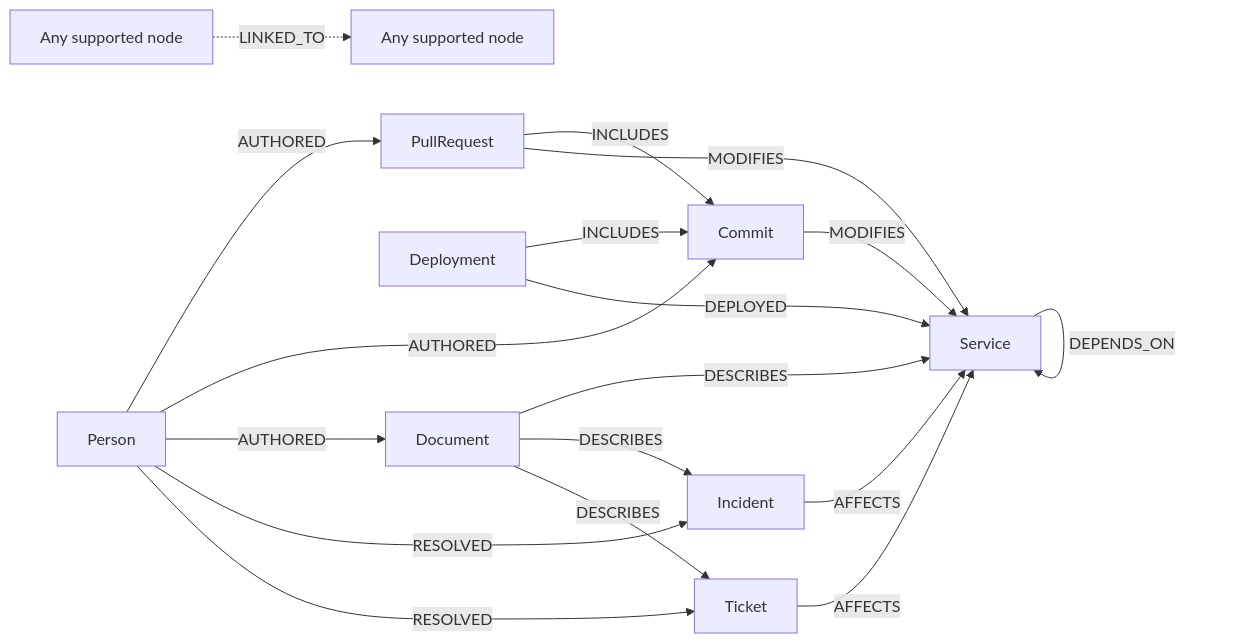
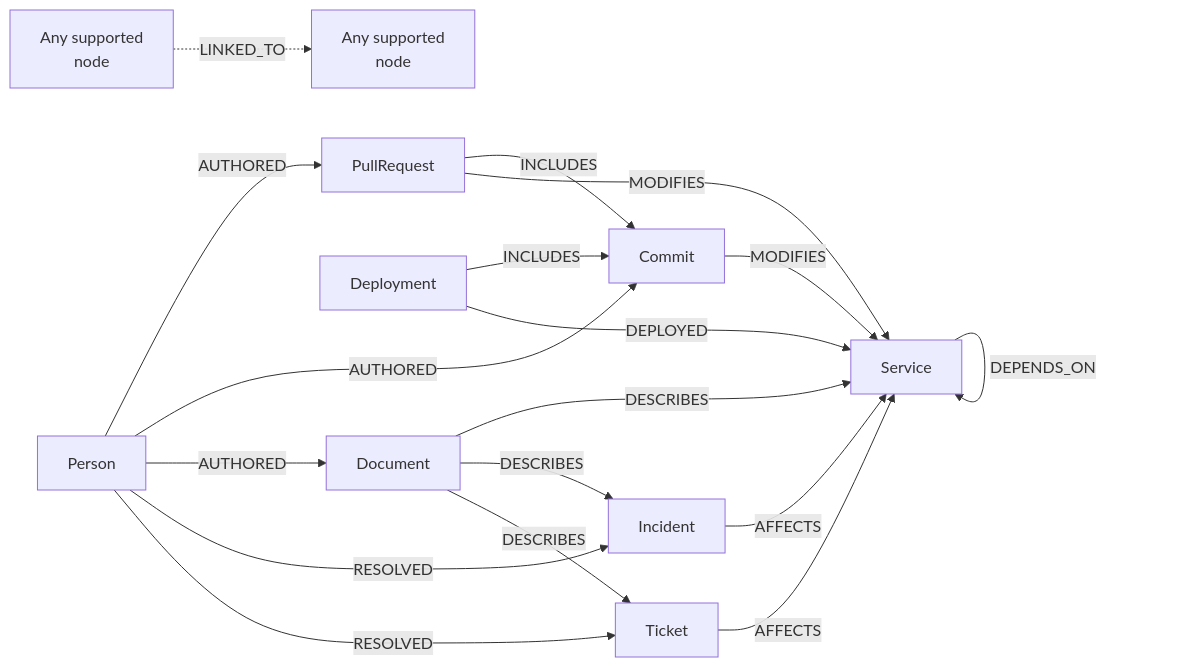
The second of 3 diagrams in README.md (krshn0x/KnowGraph-AI-Standalone), drawn with Mermaid before and after one commit.

````diff
--- a/README.md
+++ b/README.md
@@ -121,20 +121,20 @@
 ```mermaid
 flowchart LR
     Person -->|AUTHORED| PullRequest
     Person -->|AUTHORED| Commit
     Person -->|AUTHORED| Document
     Person -->|RESOLVED| Incident
     Person -->|RESOLVED| Ticket
     PullRequest -->|INCLUDES| Commit
     PullRequest -->|MODIFIES| Service
     Commit -->|MODIFIES| Service
     Deployment -->|INCLUDES| Commit
     Deployment -->|DEPLOYED| Service
     Incident -->|AFFECTS| Service
     Ticket -->|AFFECTS| Service
     Document -->|DESCRIBES| Service
     Document -->|DESCRIBES| Incident
     Document -->|DESCRIBES| Ticket
     Service -->|DEPENDS_ON| Service
-    EntityA["Any supported node"] -.->|LINKED_TO| EntityB["Any supported node"]
+    EntityA["Any supported<br/>node"] -.->|LINKED_TO| EntityB["Any supported<br/>node"]
 ```
````
